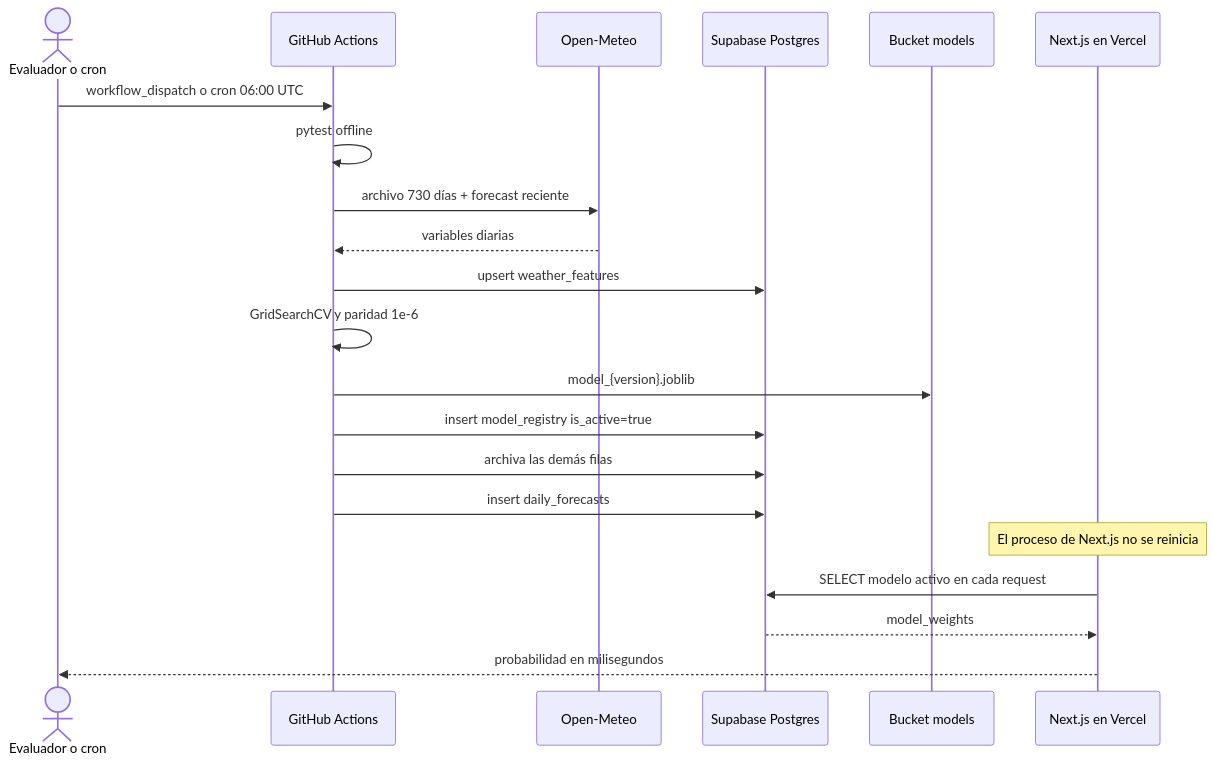
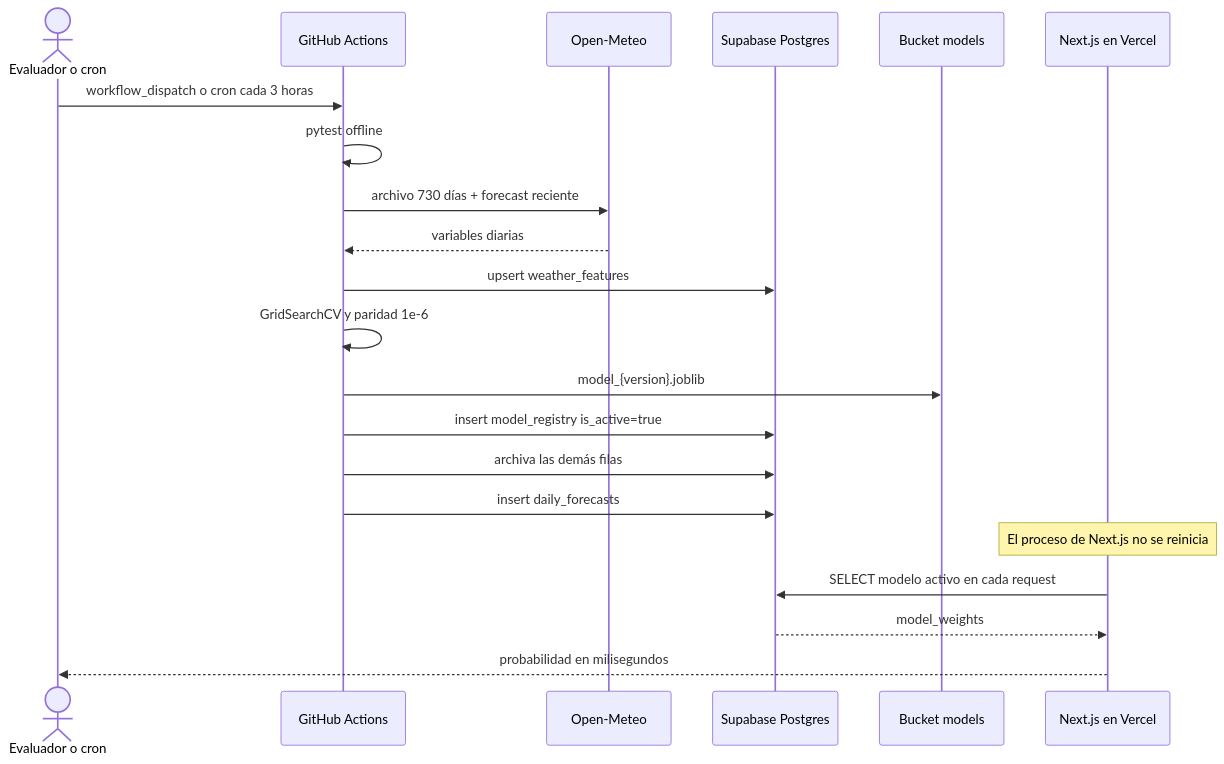
Before and after one commit to paololuna-luw/mlops-weather-predictor: the diagram in docs/INFORME_TECNICO_TI.md, drawn with Mermaid. The commit also changed other lines of this file and 3 other files, not shown here.

````diff
--- a/docs/INFORME_TECNICO_TI.md
+++ b/docs/INFORME_TECNICO_TI.md
@@ -182,24 +182,24 @@
 ```mermaid
 sequenceDiagram
     actor Eval as Evaluador o cron
     participant GHA as GitHub Actions
     participant OM as Open-Meteo
     participant DB as Supabase Postgres
     participant ST as Bucket models
     participant Web as Next.js en Vercel
 
-    Eval->>GHA: workflow_dispatch o cron 06:00 UTC
+    Eval->>GHA: workflow_dispatch o cron cada 3 horas
     GHA->>GHA: pytest offline
     GHA->>OM: archivo 730 días + forecast reciente
     OM-->>GHA: variables diarias
     GHA->>DB: upsert weather_features
     GHA->>GHA: GridSearchCV y paridad 1e-6
     GHA->>ST: model_{version}.joblib
     GHA->>DB: insert model_registry is_active=true
     GHA->>DB: archiva las demás filas
     GHA->>DB: insert daily_forecasts
     Note over Web: El proceso de Next.js no se reinicia
     Web->>DB: SELECT modelo activo en cada request
     DB-->>Web: model_weights
     Web-->>Eval: probabilidad en milisegundos
 ```
````
